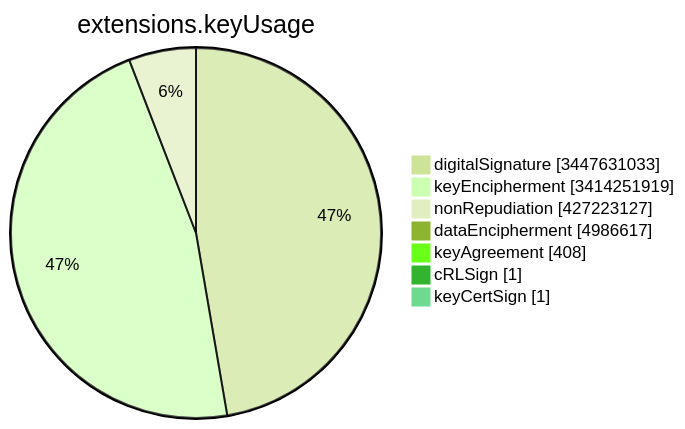
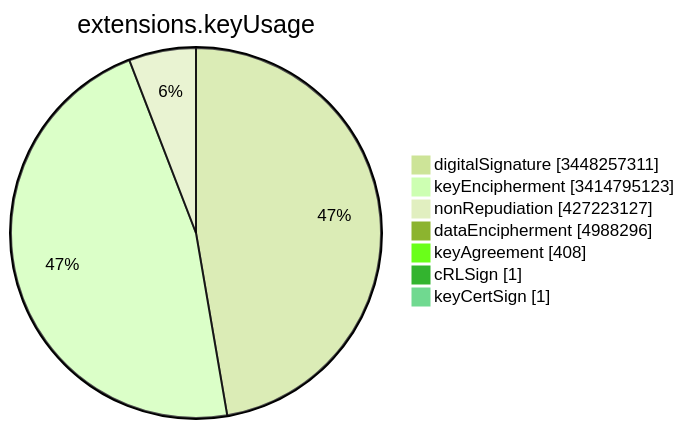
One commit to christiankrug/ctmonitor_visualization changed the sixth of 15 diagrams in TOTAL/README.md. Above: the diagram before and after it, drawn with Mermaid (forest theme). The commit also changed other lines of this file, not shown here.

````diff
--- a/TOTAL/README.md
+++ b/TOTAL/README.md
@@ -3082,11 +3082,11 @@
 ```mermaid
 pie showData
 title extensions.keyUsage
-"digitalSignature" :3447631033
-"keyEncipherment" :3414251919
+"digitalSignature" :3448257311
+"keyEncipherment" :3414795123
 "nonRepudiation" :427223127
-"dataEncipherment" :4986617
+"dataEncipherment" :4988296
 "keyAgreement" :408
 "cRLSign" :1
 "keyCertSign" :1
 ```
````
